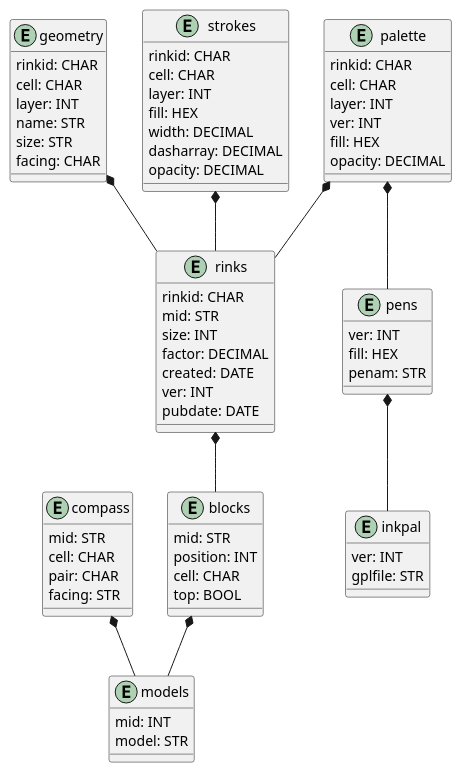
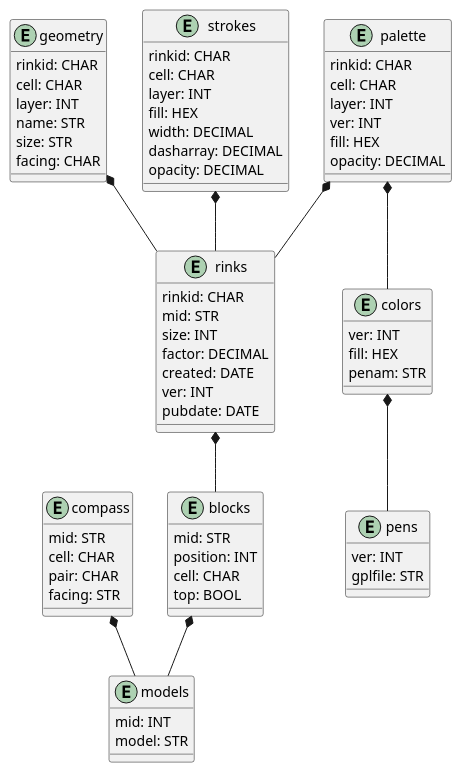
Before and after one commit to snow6oy/recurrink: the diagram in tutorial/dbentity2.puml, drawn with PlantUML. The commit also changed 2 other files, not shown here.

Commit message:
rename inkpal > pens and pens > colors

```diff
--- a/tutorial/dbentity2.puml
+++ b/tutorial/dbentity2.puml
@@ -1,79 +1,79 @@
 @startuml
 
 ' add packages
 ' ------+-----------------------------
 ' cell  | geometry strokes palette
 ' block | rinks pens
 ' model | compass blocks inkpal models
 
 entity blocks {
   mid: STR 
   position: INT
   cell: CHAR 
   top: BOOL
 }
 entity compass {
   mid: STR 
   cell: CHAR
   pair: CHAR
   facing: STR
 }
 entity geometry {
   rinkid: CHAR
   cell: CHAR
   layer: INT
   name: STR
   size: STR
   facing: CHAR
 }
-entity inkpal {
+entity pens {
  ver: INT
  gplfile: STR
 }
 entity palette {
   rinkid: CHAR
   cell: CHAR
   layer: INT
   ver: INT
   fill: HEX
   opacity: DECIMAL
 }
 entity models {
   mid: INT
   model: STR
 }
-entity pens {
+entity colors {
   ver: INT
   fill: HEX
   penam: STR
 }
 entity strokes {
   rinkid: CHAR
   cell: CHAR
   layer: INT
   fill: HEX
   width: DECIMAL
   dasharray: DECIMAL
   opacity: DECIMAL
 }
 entity rinks {
   rinkid: CHAR
   mid: STR
   size: INT
   factor: DECIMAL
   created: DATE
   ver: INT
   pubdate: DATE
 }
 
 
 strokes *-- rinks
 geometry *-- rinks
 palette *-- rinks
 rinks *-- blocks
-palette *-- pens
-pens *-- inkpal
+palette *-- colors
+colors *-- pens
 blocks *-- models
 compass *-- models
 
 @enduml
```
